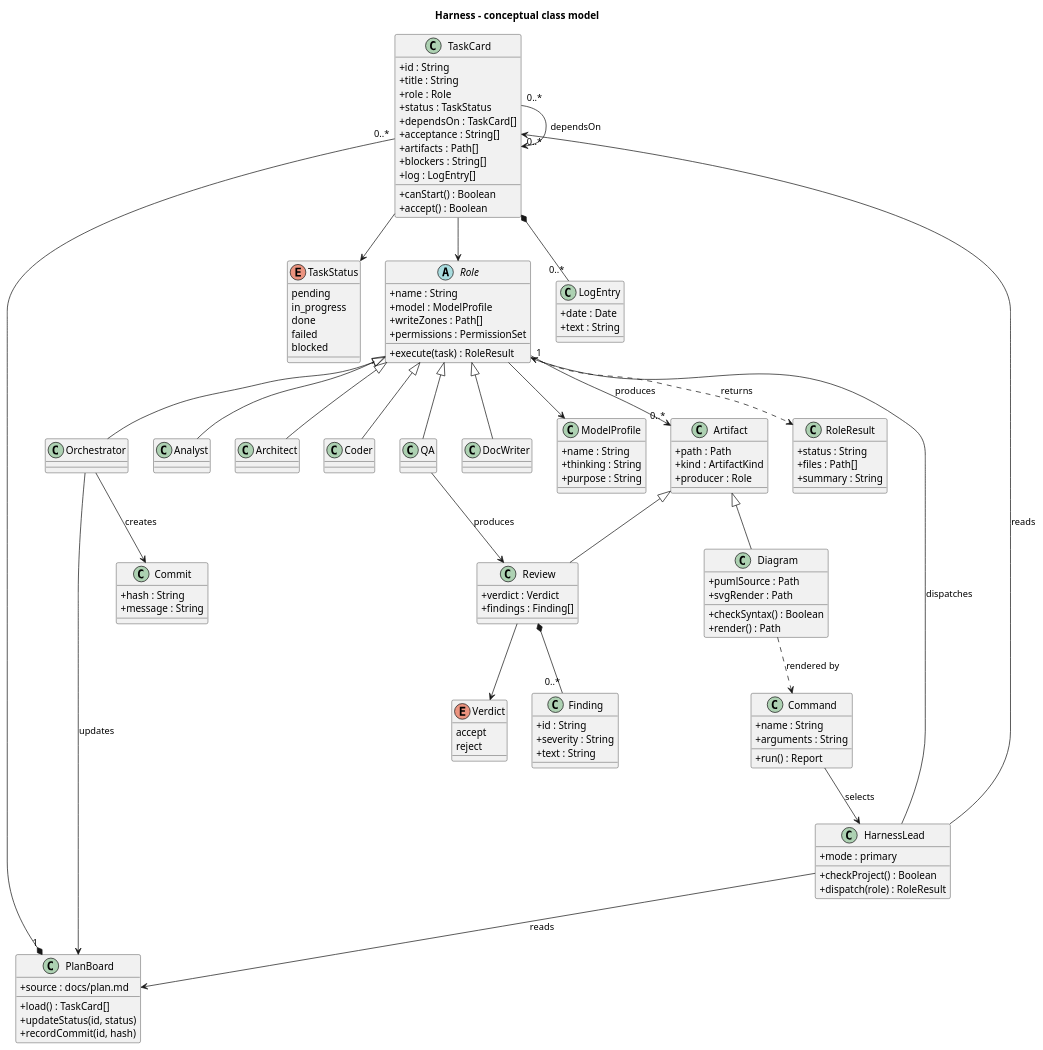
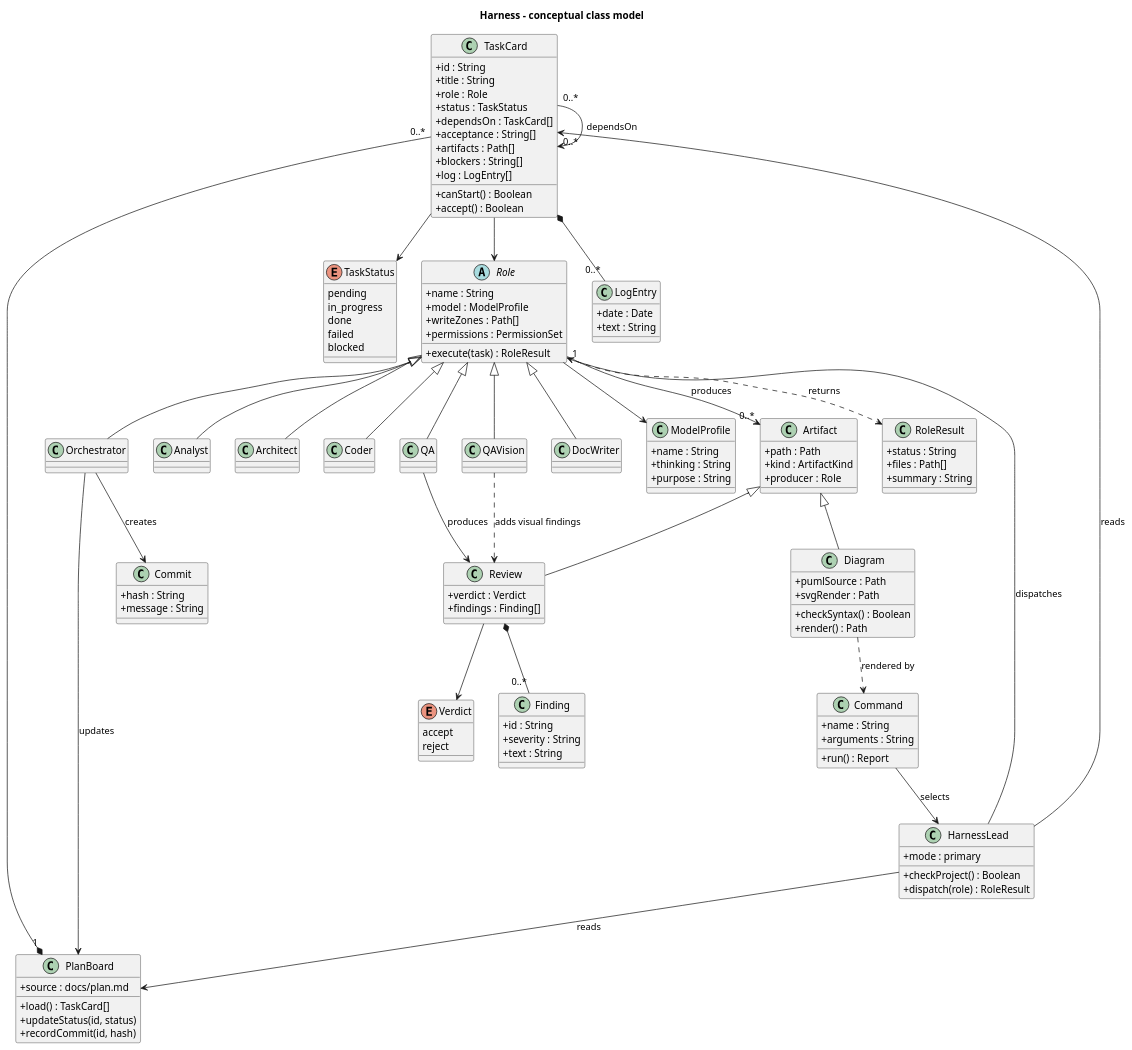
The diagram in docs/description/diagrams/class-harness.puml (serge-sasov/harness), drawn with PlantUML before and after one commit. The commit also changed 17 other files, not shown here.

```diff
--- a/docs/description/diagrams/class-harness.puml
+++ b/docs/description/diagrams/class-harness.puml
@@ -1,139 +1,142 @@
 @startuml
 skinparam defaultFontName Segoe UI
 skinparam classAttributeIconSize 0
 title Harness - conceptual class model
 
 enum TaskStatus {
   pending
   in_progress
   done
   failed
   blocked
 }
 
 enum Verdict {
   accept
   reject
 }
 
 class PlanBoard {
   +source : docs/plan.md
   +load() : TaskCard[]
   +updateStatus(id, status)
   +recordCommit(id, hash)
 }
 
 class TaskCard {
   +id : String
   +title : String
   +role : Role
   +status : TaskStatus
   +dependsOn : TaskCard[]
   +acceptance : String[]
   +artifacts : Path[]
   +blockers : String[]
   +log : LogEntry[]
   +canStart() : Boolean
   +accept() : Boolean
 }
 
 abstract class Role {
   +name : String
   +model : ModelProfile
   +writeZones : Path[]
   +permissions : PermissionSet
   +execute(task) : RoleResult
 }
 
 class Orchestrator
 class Analyst
 class Architect
 class Coder
 class QA
+class QAVision
 class DocWriter
 
 class ModelProfile {
   +name : String
   +thinking : String
   +purpose : String
 }
 
 class Artifact {
   +path : Path
   +kind : ArtifactKind
   +producer : Role
 }
 
 class Diagram {
   +pumlSource : Path
   +svgRender : Path
   +checkSyntax() : Boolean
   +render() : Path
 }
 
 class Review {
   +verdict : Verdict
   +findings : Finding[]
 }
 
 class Commit {
   +hash : String
   +message : String
 }
 
 class Command {
   +name : String
   +arguments : String
   +run() : Report
 }
 
 class HarnessLead {
   +mode : primary
   +checkProject() : Boolean
   +dispatch(role) : RoleResult
 }
 
 class LogEntry {
   +date : Date
   +text : String
 }
 
 class RoleResult {
   +status : String
   +files : Path[]
   +summary : String
 }
 
 class Finding {
   +id : String
   +severity : String
   +text : String
 }
 
 Role <|-- Orchestrator
 Role <|-- Analyst
 Role <|-- Architect
 Role <|-- Coder
 Role <|-- QA
+Role <|-- QAVision
 Role <|-- DocWriter
 Role --> ModelProfile
 Role ..> RoleResult : returns
 TaskCard --> Role
 TaskCard --> TaskStatus
 TaskCard "0..*" --> "0..*" TaskCard : dependsOn
 TaskCard *-- "0..*" LogEntry
 PlanBoard "1" *-- "0..*" TaskCard
 Role "1" --> "0..*" Artifact : produces
 Artifact <|-- Diagram
 Artifact <|-- Review
 Review --> Verdict
 Review *-- "0..*" Finding
 Orchestrator --> PlanBoard : updates
 Orchestrator --> Commit : creates
 Command --> HarnessLead : selects
 HarnessLead --> Role : dispatches
 HarnessLead --> PlanBoard : reads
 HarnessLead --> TaskCard : reads
 QA --> Review : produces
+QAVision ..> Review : adds visual findings
 Diagram ..> Command : rendered by
 @enduml
```
